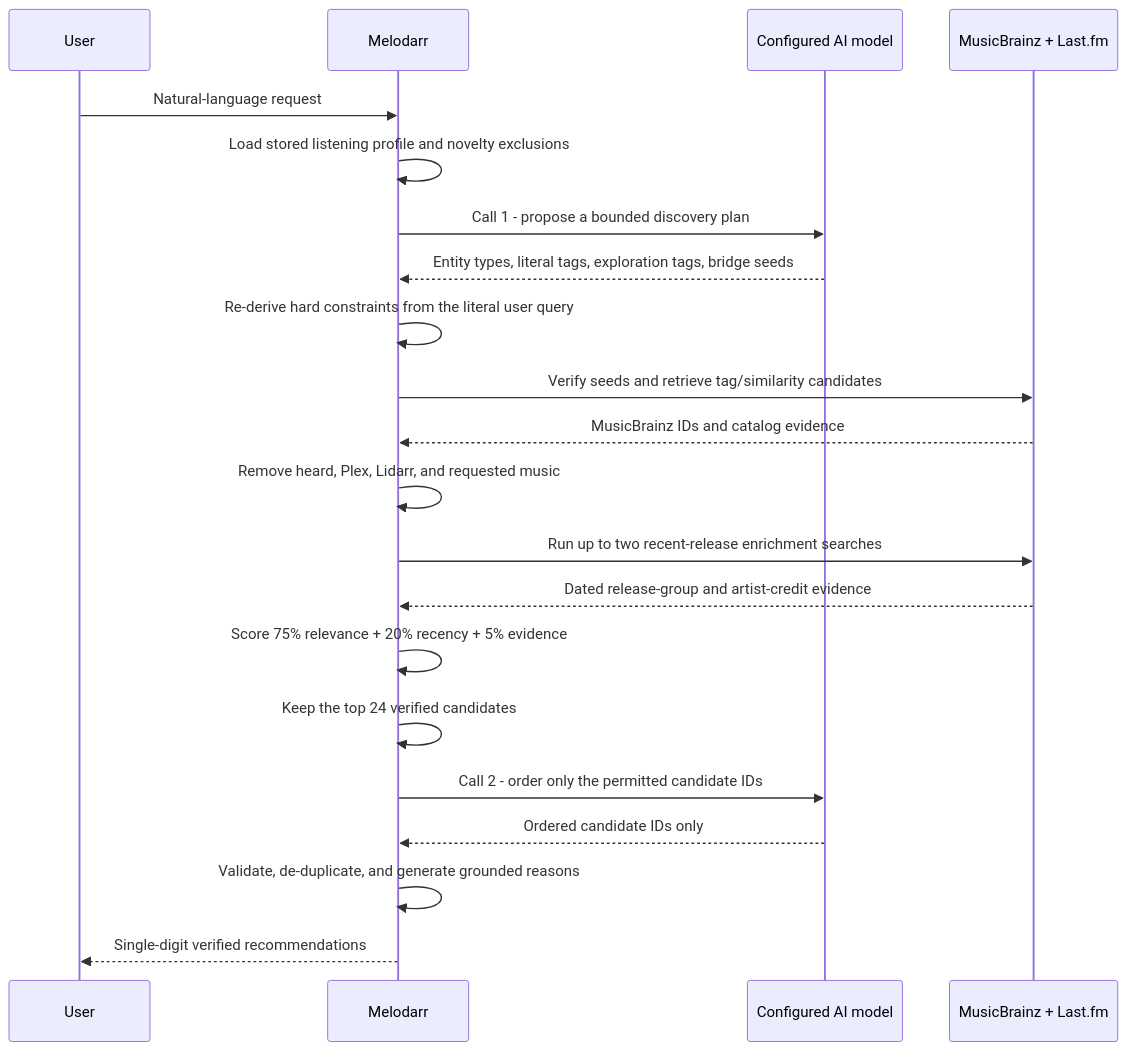
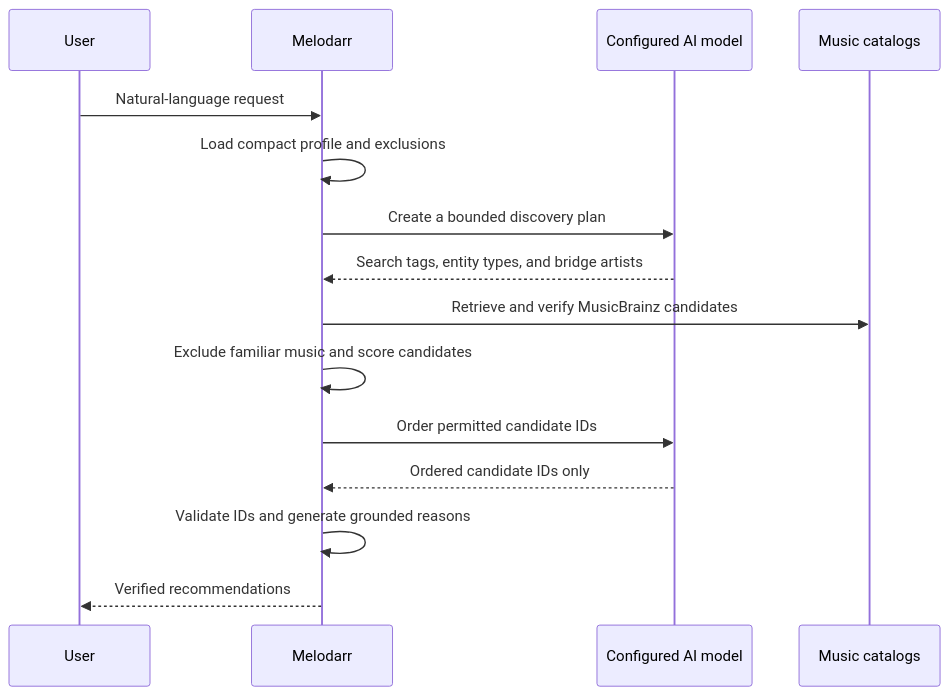
The diagram in README.md (slimjimserver/melodarr), drawn with Mermaid before and after one commit. The commit also changed other lines of this file, not shown here.

````diff
--- a/README.md
+++ b/README.md
@@ -152,24 +144,18 @@
 ```mermaid
 sequenceDiagram
     participant U as User
     participant M as Melodarr
     participant AI as Configured AI model
-    participant C as MusicBrainz + Last.fm
+    participant C as Music catalogs
 
     U->>M: Natural-language request
-    M->>M: Load stored listening profile and novelty exclusions
-    M->>AI: Call 1 - propose a bounded discovery plan
-    AI-->>M: Entity types, literal tags, exploration tags, bridge seeds
-    M->>M: Re-derive hard constraints from the literal user query
-    M->>C: Verify seeds and retrieve tag/similarity candidates
-    C-->>M: MusicBrainz IDs and catalog evidence
-    M->>M: Remove heard, Plex, Lidarr, and requested music
-    M->>C: Run up to two recent-release enrichment searches
-    C-->>M: Dated release-group and artist-credit evidence
-    M->>M: Score 75% relevance + 20% recency + 5% evidence
-    M->>M: Keep the top 24 verified candidates
-    M->>AI: Call 2 - order only the permitted candidate IDs
+    M->>M: Load compact profile and exclusions
+    M->>AI: Create a bounded discovery plan
+    AI-->>M: Search tags, entity types, and bridge artists
+    M->>C: Retrieve and verify MusicBrainz candidates
+    M->>M: Exclude familiar music and score candidates
+    M->>AI: Order permitted candidate IDs
     AI-->>M: Ordered candidate IDs only
-    M->>M: Validate, de-duplicate, and generate grounded reasons
-    M-->>U: Single-digit verified recommendations
+    M->>M: Validate IDs and generate grounded reasons
+    M-->>U: Verified recommendations
 ```
````
